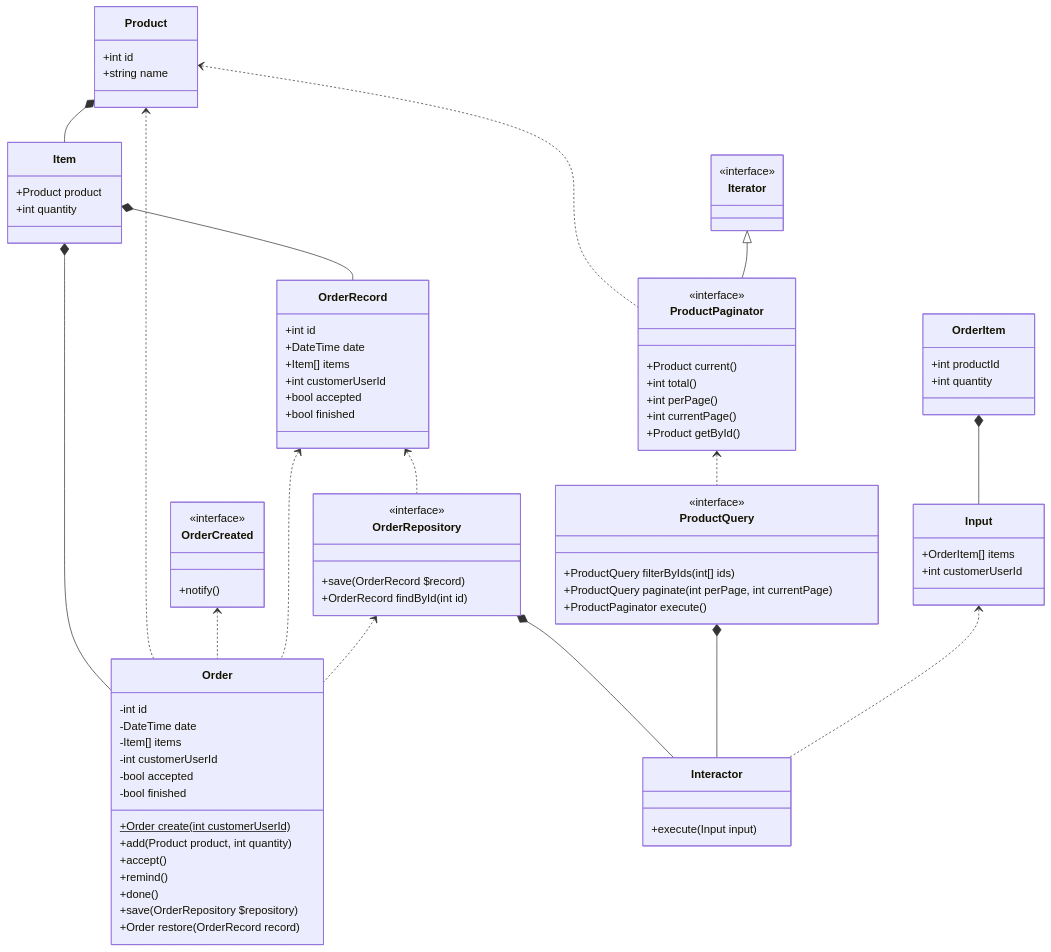
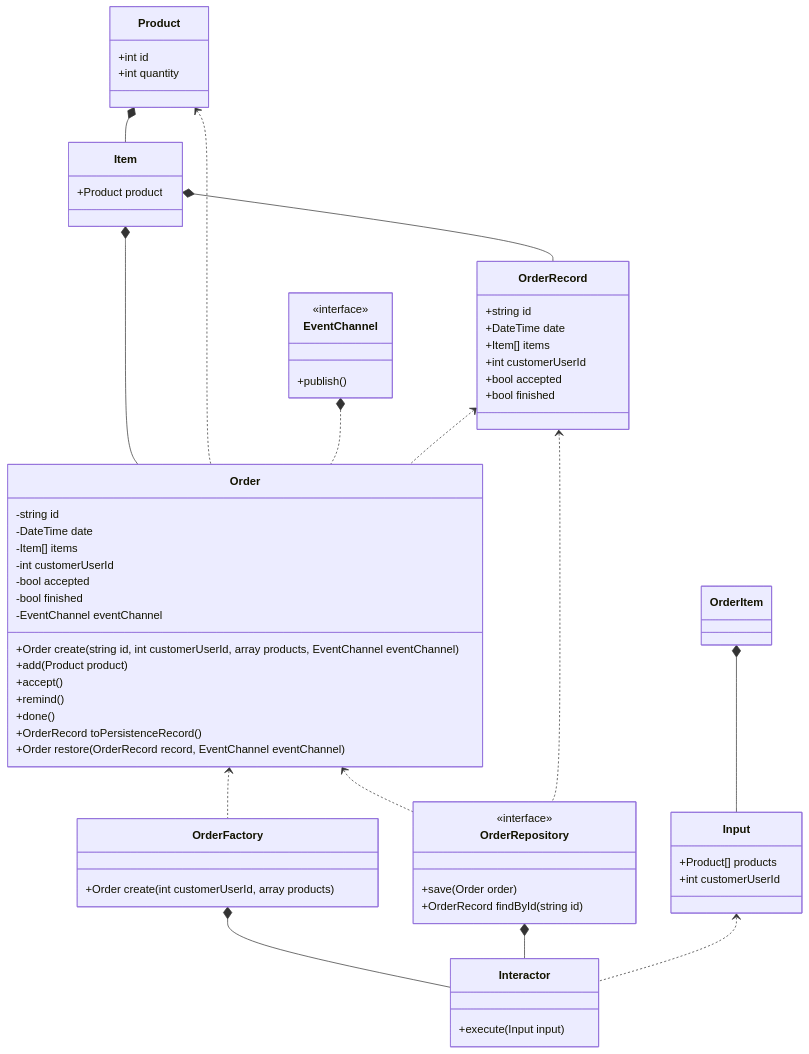
One commit to youhei-ushio/nicoshop changed the diagram in README.md. Above: the diagram before and after it, drawn with Mermaid.

````diff
--- a/README.md
+++ b/README.md
@@ -12,86 +12,66 @@
     Item *-- Order
     Product *-- Item
     Product <.. Order
-    OrderCreated <.. Order
+    EventChannel *.. Order
     OrderRecord <.. Order
     Item *-- OrderRecord
-    OrderRepository <.. Order
+    Order <.. OrderFactory
+    Order <.. OrderRepository
     class Product{
       +int id
-      +string name
+      +int quantity
     }
     class Item{
       +Product product
-      +int quantity
     }
     class Order{
-      -int id
+      -string id
       -DateTime date
       -Item[] items
       -int customerUserId
       -bool accepted
       -bool finished
+      -EventChannel eventChannel
 
-      +Order create(int customerUserId)$
-      +add(Product product, int quantity)
+      +Order create(string id, int customerUserId, array products, EventChannel eventChannel)
+      +add(Product product)
       +accept()
       +remind()
       +done()
-      +save(OrderRepository $repository)
-      +Order restore(OrderRecord record)
+      +OrderRecord toPersistenceRecord()
+      +Order restore(OrderRecord record, EventChannel eventChannel)
     }
-    class OrderCreated{
+    class EventChannel{
       <<interface>>
-      +notify()
+      +publish()
     }
     class OrderRecord{
-      +int id
+      +string id
       +DateTime date
       +Item[] items
       +int customerUserId
       +bool accepted
       +bool finished
     }
+    class OrderFactory {
+      +Order create(int customerUserId, array products)
+    }
     class OrderRepository{
       <<interface>>
-      +save(OrderRecord $record)
-      +OrderRecord findById(int id) 
+      +save(Order order)
+      +OrderRecord findById(string id) 
     }
 
+    OrderFactory *-- Interactor
     OrderRepository *-- Interactor
     OrderRecord <.. OrderRepository
-    ProductQuery *-- Interactor
     Input <.. Interactor
     OrderItem *-- Input
-    ProductPaginator <.. ProductQuery
-    Product <.. ProductPaginator
-    Iterator <|-- ProductPaginator
     class Interactor{
       +execute(Input input)
     }
     class Input{
-      +OrderItem[] items
+      +Product[] products
       +int customerUserId
     }
-    class OrderItem{
-      +int productId
-      +int quantity
-    }
-    class ProductQuery{
-      <<interface>>
-      +ProductQuery filterByIds(int[] ids)
-      +ProductQuery paginate(int perPage, int currentPage)
-      +ProductPaginator execute()
-    }
-    class ProductPaginator{
-      <<interface>>
-      +Product current()
-      +int total()
-      +int perPage()
-      +int currentPage()
-      +Product getById()
-    }
-    class Iterator{
-      <<interface>>
-    }
 ```
````
